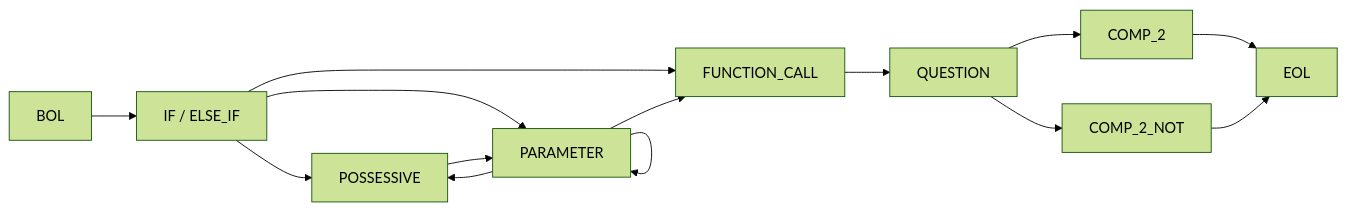
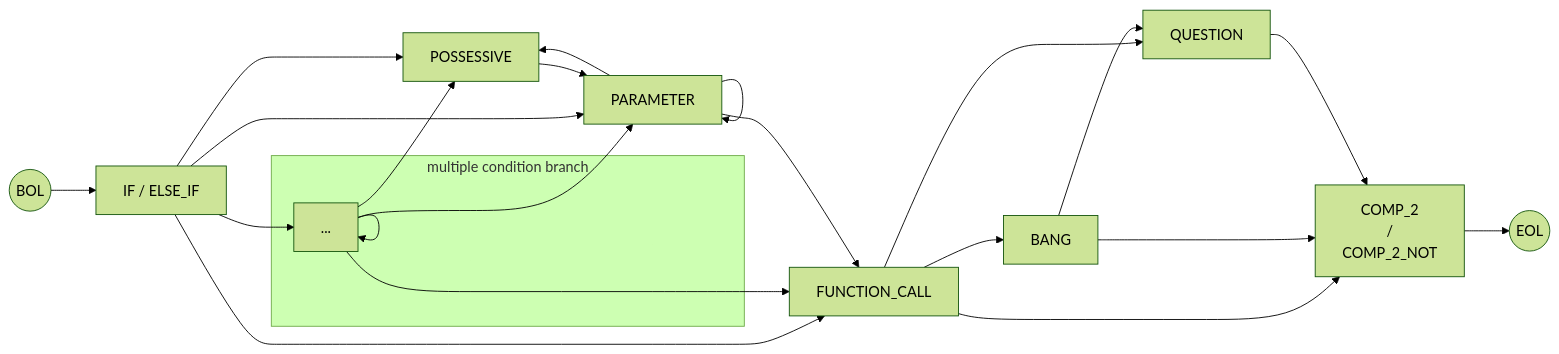
One commit to rewhowe/snapdragon changed diagram 11 of 15 in documentation/nfsm.md. Above: the diagram before and after it, drawn with Mermaid (forest theme). The commit also changed other lines of this file and 16 other files, not shown here.

````diff
--- a/documentation/nfsm.md
+++ b/documentation/nfsm.md
@@ -250,23 +385,35 @@
 ```mermaid
 graph LR
-  BOL --> IF[IF / ELSE_IF]
+  BOL((BOL)) --> IF[IF / ELSE_IF]
 
+  IF --> mcb["..."]
   IF --> POSSESSIVE
   IF --> PARAMETER
   IF --> FUNCTION_CALL
+
+  mcb --> mcb
+  mcb --> POSSESSIVE
+  mcb --> PARAMETER
+  mcb --> FUNCTION_CALL
 
   PARAMETER --> POSSESSIVE
   PARAMETER --> PARAMETER
   PARAMETER --> FUNCTION_CALL
 
   POSSESSIVE --> PARAMETER
 
+  FUNCTION_CALL --> BANG
   FUNCTION_CALL --> QUESTION
+  FUNCTION_CALL --> COMP_2["COMP_2<br>/<br>COMP_2_NOT"]
+
+  BANG --> QUESTION
+  BANG --> COMP_2
 
   QUESTION --> COMP_2
-  QUESTION --> COMP_2_NOT
 
-  COMP_2 --> EOL
+  COMP_2 --> EOL((EOL))
 
-  COMP_2_NOT --> EOL
+  subgraph multiple condition branch
+    mcb
+  end
 ```
````
